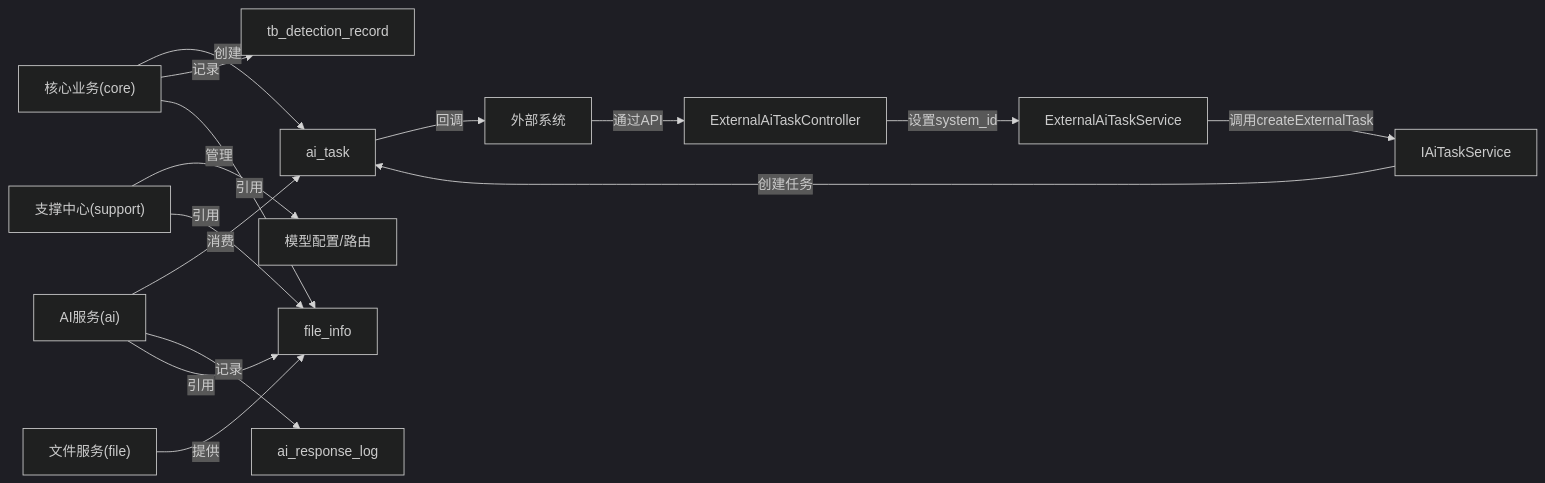
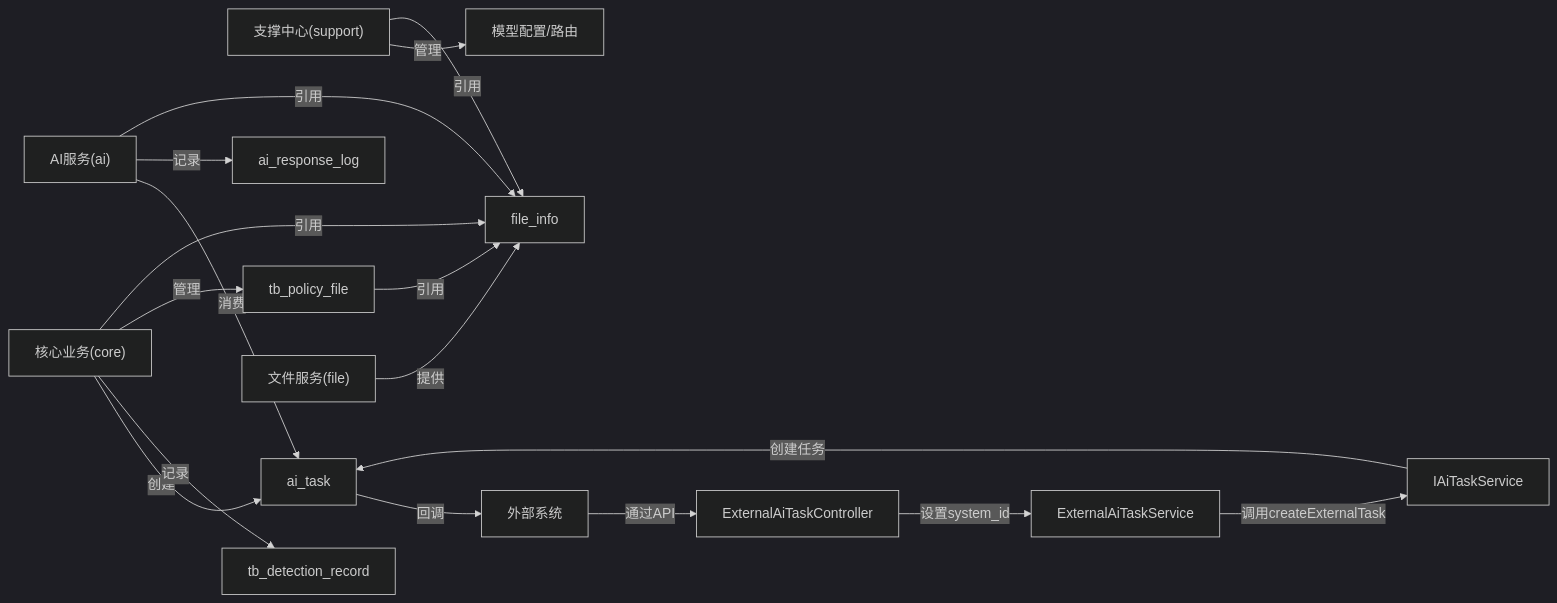
The third of 3 diagrams in .qoder/repowiki/zh/content/数据库设计/数据库架构变更.md (DrunkFood/First), drawn with Mermaid (dark theme) before and after one commit. The commit also changed other lines of this file and 103 other files, not shown here.

````diff
--- a/.qoder/repowiki/zh/content/数据库设计/数据库架构变更.md
+++ b/.qoder/repowiki/zh/content/数据库设计/数据库架构变更.md
@@ -528,17 +518,19 @@
 ```mermaid
 graph LR
 Support["支撑中心(support)"] --> |管理| ModelCfg["模型配置/路由"]
 Core["核心业务(core)"] --> |创建| Task["ai_task"]
 Core --> |记录| Detection["tb_detection_record"]
+Core --> |管理| PolicyFile["tb_policy_file"]
 External["外部系统"] --> |通过API| ExtController["ExternalAiTaskController"]
 ExtController --> |设置system_id| ExtService["ExternalAiTaskService"]
 ExtService --> |调用createExternalTask| IaTaskService["IAiTaskService"]
 IaTaskService --> |创建任务| Task
 AI["AI服务(ai)"] --> |消费| Task
 AI --> |记录| RespLog["ai_response_log"]
 File["文件服务(file)"] --> |提供| FileInfo["file_info"]
 Core --> |引用| FileInfo
 AI --> |引用| FileInfo
 Support --> |引用| FileInfo
+PolicyFile --> |引用| FileInfo
 Task --> |回调| External
 ```
````
